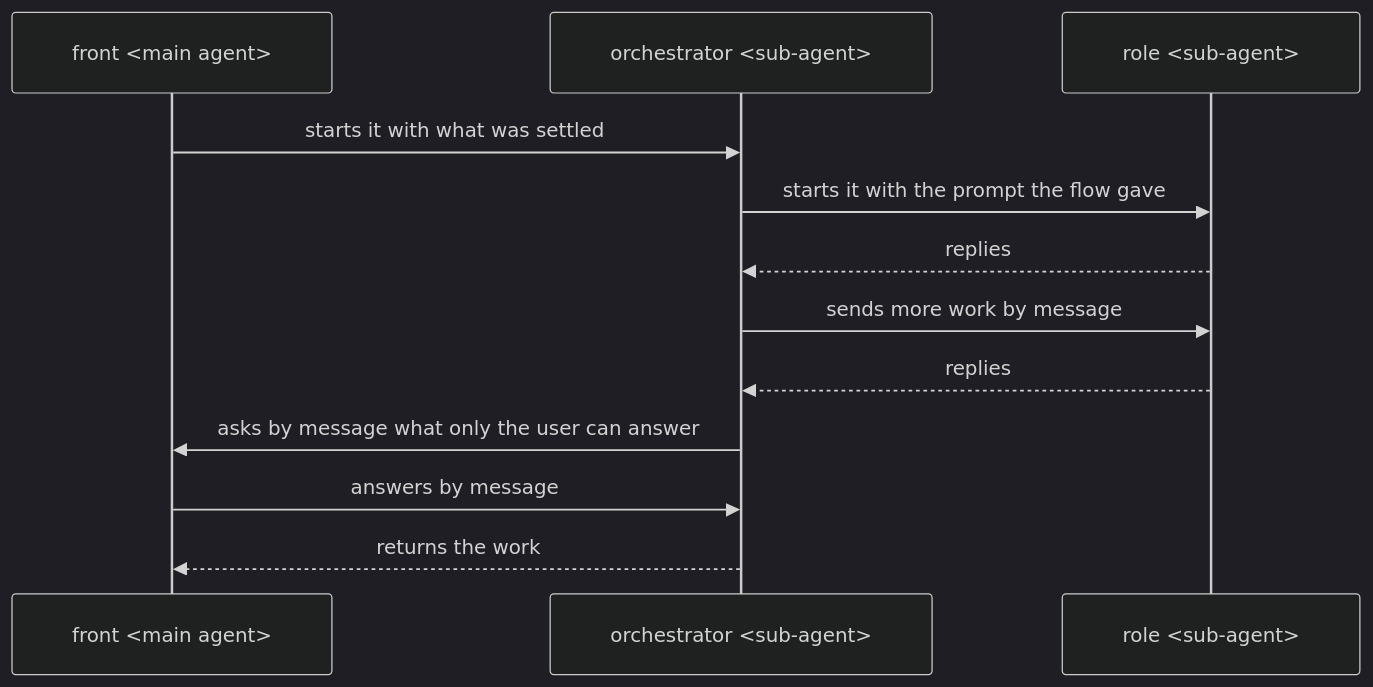
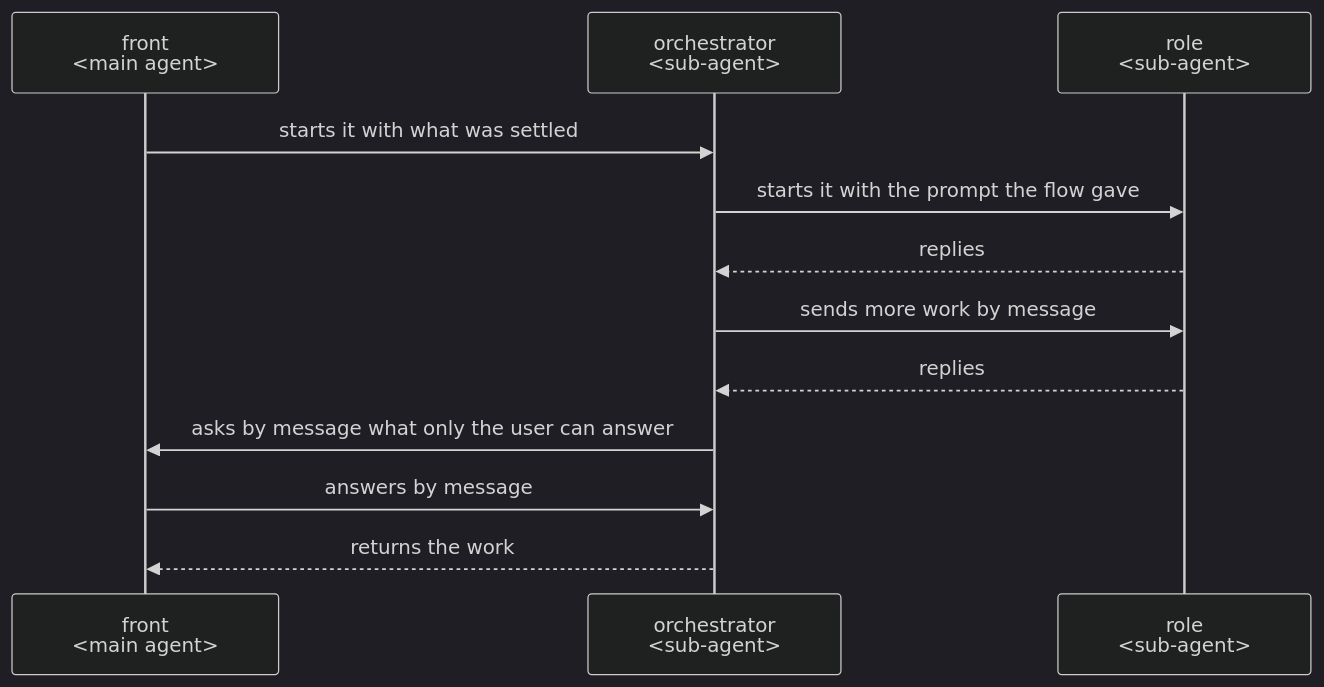
The second of 2 diagrams in dev/architecture.md (lovaizu/ccpm), drawn with Mermaid (dark theme) before and after one commit. The commit also changed other lines of this file, not shown here.

````diff
--- a/dev/architecture.md
+++ b/dev/architecture.md
@@ -96,14 +96,14 @@
 ```mermaid
 sequenceDiagram
-  participant M as front #lt;main agent#gt;
-  participant O as orchestrator #lt;sub-agent#gt;
-  participant R as role #lt;sub-agent#gt;
+  participant M as front<br/>#lt;main agent#gt;
+  participant O as orchestrator<br/>#lt;sub-agent#gt;
+  participant R as role<br/>#lt;sub-agent#gt;
   M->>O: starts it with what was settled
   O->>R: starts it with the prompt the flow gave
   R-->>O: replies
   O->>R: sends more work by message
   R-->>O: replies
   O->>M: asks by message what only the user can answer
   M->>O: answers by message
   O-->>M: returns the work
 ```
````
